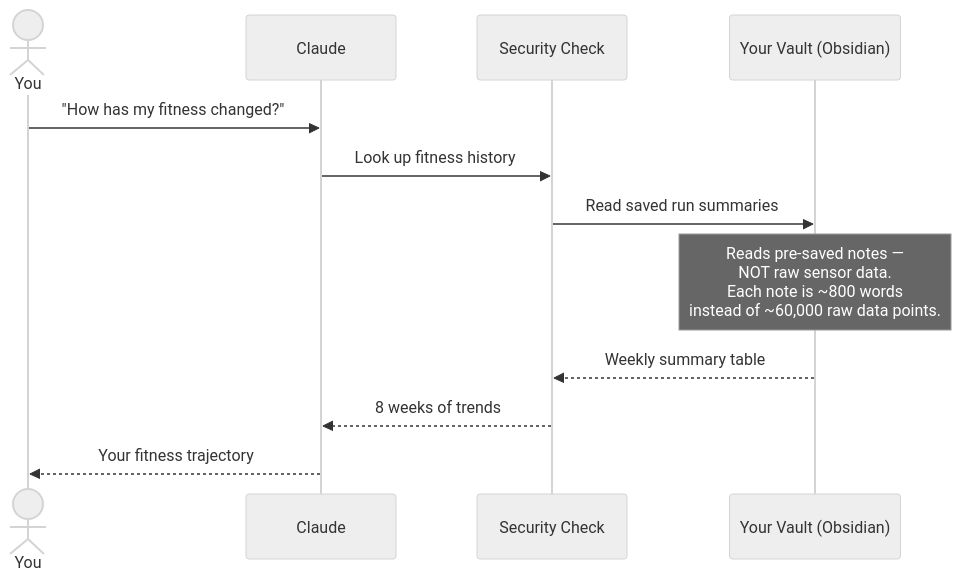
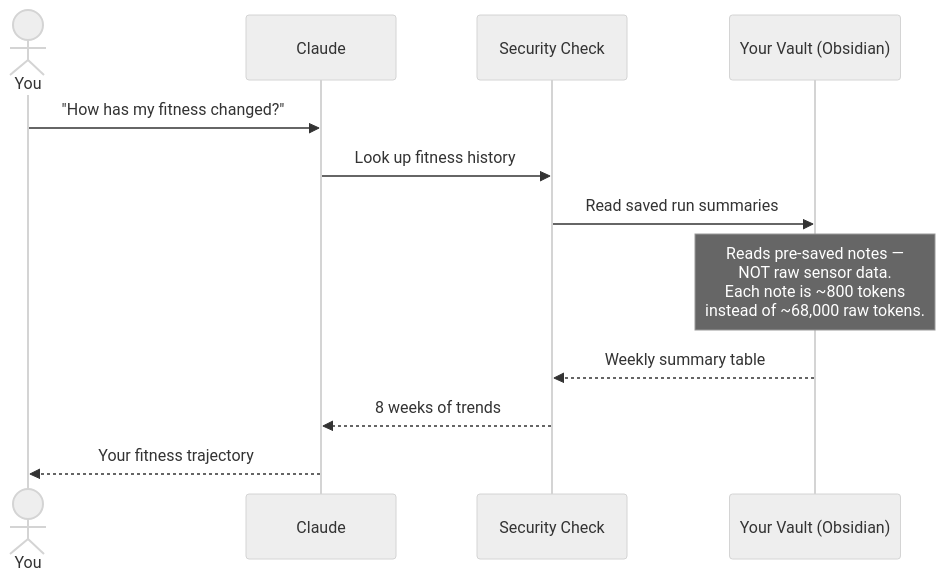
The second of 5 diagrams in README.md (saahasmuthineni/tailor-mcp), drawn with Mermaid (neutral theme) before and after one commit. The commit also changed other lines of this file and 1 other file, not shown here.

````diff
--- a/README.md
+++ b/README.md
@@ -179,15 +179,15 @@
 ```mermaid
 sequenceDiagram
     actor You
     participant Claude
     participant Security as Security Check
     participant Vault as Your Vault (Obsidian)
 
     You->>Claude: "How has my fitness changed?"
     Claude->>Security: Look up fitness history
     Security->>Vault: Read saved run summaries
-    Note over Vault: Reads pre-saved notes —<br/>NOT raw sensor data.<br/>Each note is ~800 words<br/>instead of ~60,000 raw data points.
+    Note over Vault: Reads pre-saved notes —<br/>NOT raw sensor data.<br/>Each note is ~800 tokens<br/>instead of ~68,000 raw tokens.
     Vault-->>Security: Weekly summary table
     Security-->>Claude: 8 weeks of trends
     Claude-->>You: Your fitness trajectory
 ```
````
